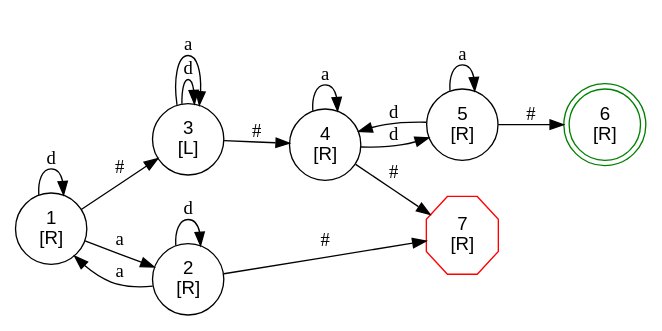
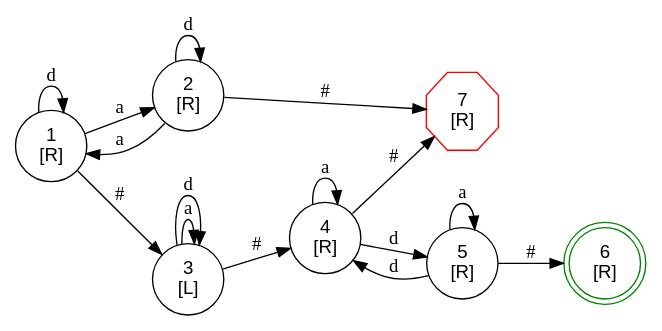
Before and after one commit to kokobabe99/turing_point: the diagram in fsm.dot, drawn with Graphviz. The commit also changed other lines of this file and 1 other file, not shown here.

```diff
--- a/fsm.dot
+++ b/fsm.dot
@@ -1,25 +1,25 @@
 digraph FSM {
   rankdir=LR; node [shape=circle, fontname="Arial"];
   1 [label="1\n[R]", shape=circle];
+  1 -> 2 [label="a"];
   1 -> 1 [label="d"];
   1 -> 3 [label="#"];
-  1 -> 2 [label="a"];
   2 [label="2\n[R]", shape=circle];
   2 -> 1 [label="a"];
   2 -> 2 [label="d"];
   2 -> 7 [label="#"];
   3 [label="3\n[L]", shape=circle];
+  3 -> 3 [label="a"];
   3 -> 3 [label="d"];
   3 -> 4 [label="#"];
-  3 -> 3 [label="a"];
   4 [label="4\n[R]", shape=circle];
   4 -> 4 [label="a"];
   4 -> 5 [label="d"];
   4 -> 7 [label="#"];
   5 [label="5\n[R]", shape=circle];
   5 -> 4 [label="d"];
   5 -> 5 [label="a"];
   5 -> 6 [label="#"];
   6 [label="6\n[R]", shape=doublecircle, color="green"];
   7 [label="7\n[R]", shape=octagon, color="red"];
 }
```
